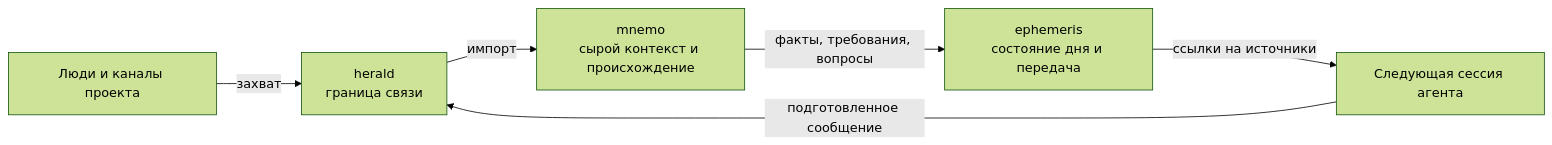
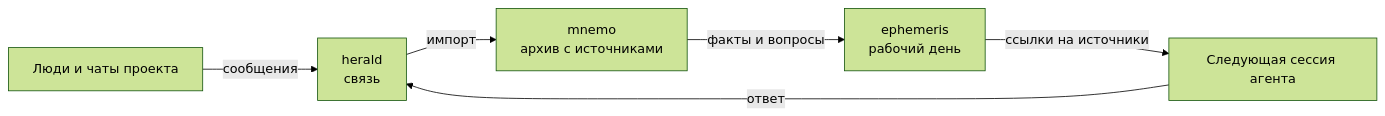
Before and after one commit to ZenonEl/ZenonEl: the diagram in README_RU.md, drawn with Mermaid (forest theme). The commit also changed other lines of this file and 1 other file, not shown here.

````diff
--- a/README_RU.md
+++ b/README_RU.md
@@ -50,8 +48,8 @@
 ```mermaid
 flowchart LR
-    people["Люди и каналы проекта"] -->|захват| herald["herald<br/>граница связи"]
-    herald -->|импорт| mnemo["mnemo<br/>сырой контекст и происхождение"]
-    mnemo -->|факты, требования, вопросы| ephemeris["ephemeris<br/>состояние дня и передача"]
+    people["Люди и чаты проекта"] -->|сообщения| herald["herald<br/>связь"]
+    herald -->|импорт| mnemo["mnemo<br/>архив с источниками"]
+    mnemo -->|факты и вопросы| ephemeris["ephemeris<br/>рабочий день"]
     ephemeris -->|ссылки на источники| session["Следующая сессия агента"]
-    session -->|подготовленное сообщение| herald
+    session -->|ответ| herald
 ```
````
